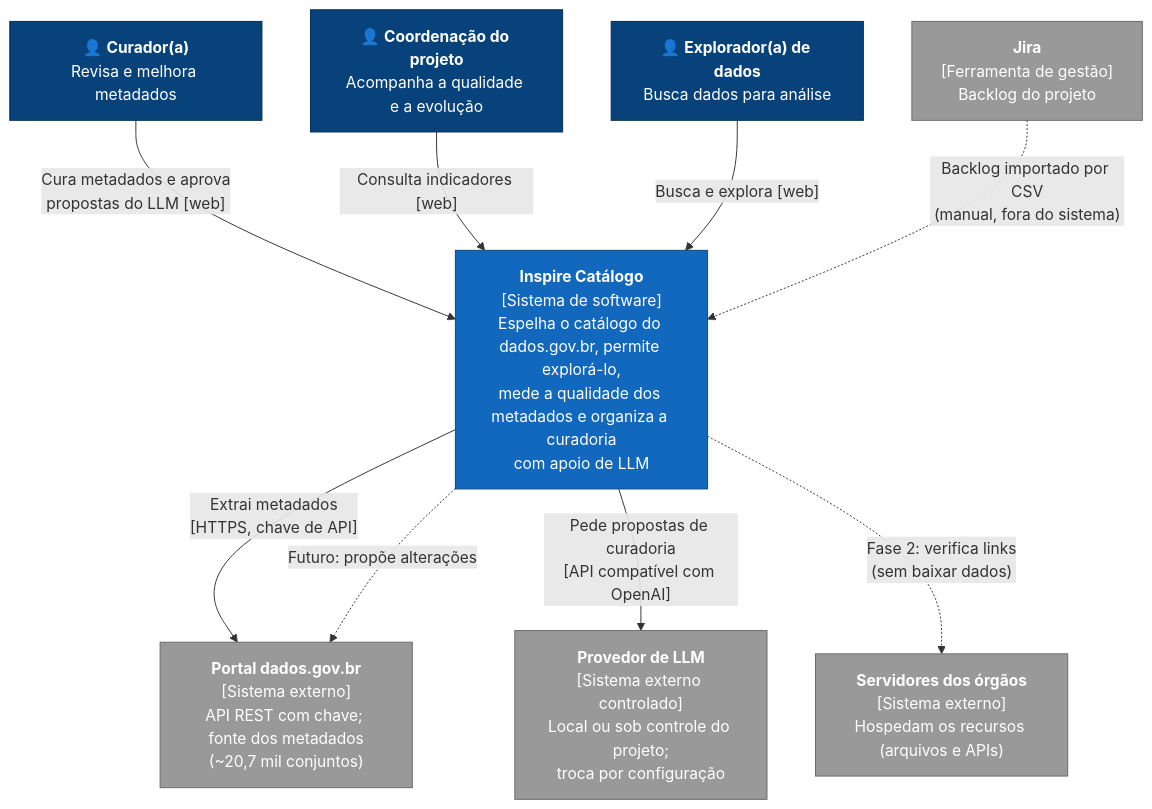
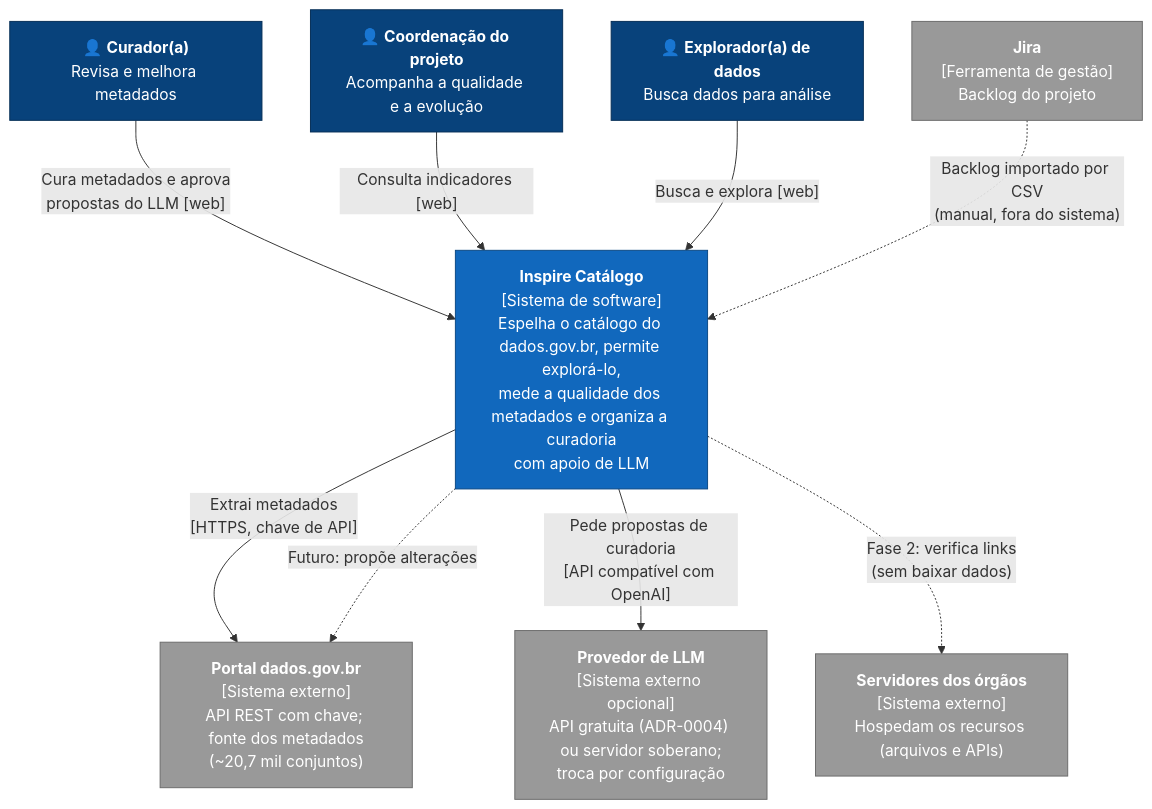
The diagram in docs/02-arquitetura/c1-contexto.md (brhenbr/projeto_inspire), drawn with Mermaid before and after one commit. The commit also changed other lines of this file and 6 other files, not shown here.

Commit message:
docs: ADR-0004 LLM externo com salvaguardas; C2 atualizado

````diff
--- a/docs/02-arquitetura/c1-contexto.md
+++ b/docs/02-arquitetura/c1-contexto.md
@@ -6,29 +6,29 @@
 ```mermaid
 flowchart TB
     curador["👤 <b>Curador(a)</b><br/>Revisa e melhora metadados"]
     coord["👤 <b>Coordenação do projeto</b><br/>Acompanha a qualidade e a evolução"]
     explorador["👤 <b>Explorador(a) de dados</b><br/>Busca dados para análise"]
 
     sistema["<b>Inspire Catálogo</b><br/>[Sistema de software]<br/>Espelha o catálogo do dados.gov.br, permite explorá-lo,<br/>mede a qualidade dos metadados e organiza a curadoria<br/>com apoio de LLM"]
 
     portal["<b>Portal dados.gov.br</b><br/>[Sistema externo]<br/>API REST com chave; fonte dos metadados<br/>(~20,7 mil conjuntos)"]
-    llm["<b>Provedor de LLM</b><br/>[Sistema externo controlado]<br/>Local ou sob controle do projeto;<br/>troca por configuração"]
+    llm["<b>Provedor de LLM</b><br/>[Sistema externo opcional]<br/>API gratuita (ADR-0004) ou servidor soberano;<br/>troca por configuração"]
     orgaos["<b>Servidores dos órgãos</b><br/>[Sistema externo]<br/>Hospedam os recursos (arquivos e APIs)"]
     jira["<b>Jira</b><br/>[Ferramenta de gestão]<br/>Backlog do projeto"]
 
     curador -->|"Cura metadados e aprova<br/>propostas do LLM [web]"| sistema
     coord -->|"Consulta indicadores [web]"| sistema
     explorador -->|"Busca e explora [web]"| sistema
     sistema -->|"Extrai metadados<br/>[HTTPS, chave de API]"| portal
     sistema -->|"Pede propostas de curadoria<br/>[API compatível com OpenAI]"| llm
     sistema -.->|"Fase 2: verifica links<br/>(sem baixar dados)"| orgaos
     sistema -.->|"Futuro: propõe alterações"| portal
     jira -.->|"Backlog importado por CSV<br/>(manual, fora do sistema)"| sistema
 
     classDef pessoa fill:#08427b,stroke:#052e56,color:#fff
     classDef nosso fill:#1168bd,stroke:#0b4884,color:#fff
     classDef externo fill:#999,stroke:#6b6b6b,color:#fff
     class curador,coord,explorador pessoa
     class sistema nosso
     class portal,llm,orgaos,jira externo
 ```
````
